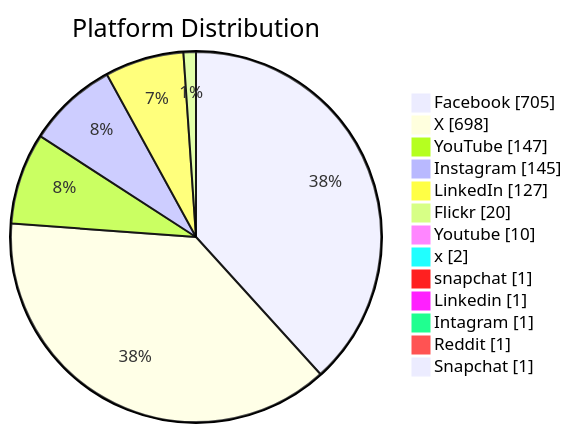
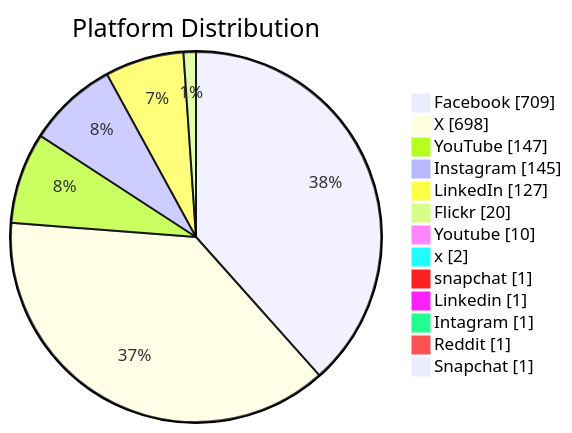
The second of 6 diagrams in README.md (PatLittle/GC-Socials), drawn with Mermaid before and after one commit. The commit also changed other lines of this file, not shown here.

Commit message:
Update README with Platform Distribution pie chart

````diff
--- a/README.md
+++ b/README.md
@@ -47,16 +47,16 @@
 ```mermaid
 pie showData title Platform Distribution
-    "Facebook": 705
+    "Facebook": 709
     "X": 698
     "YouTube": 147
     "Instagram": 145
     "LinkedIn": 127
     "Flickr": 20
     "Youtube": 10
     "x": 2
     "snapchat": 1
     "Linkedin": 1
     "Intagram": 1
     "Reddit": 1
     "Snapchat": 1
 ```
````
